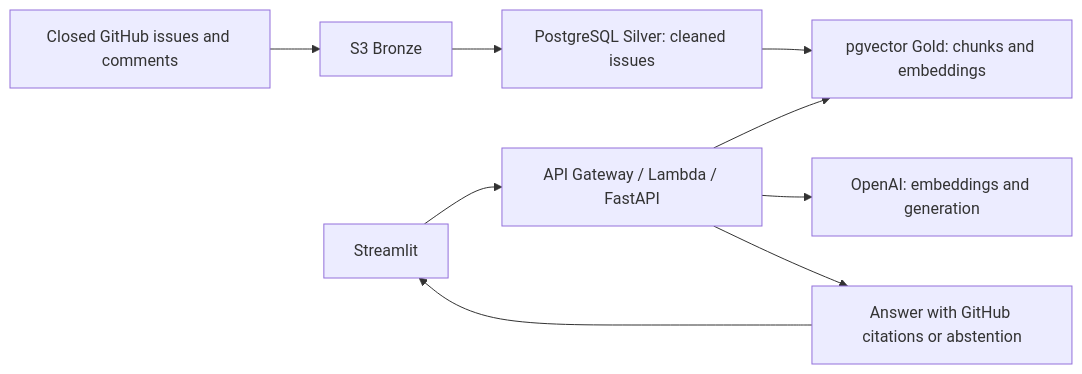
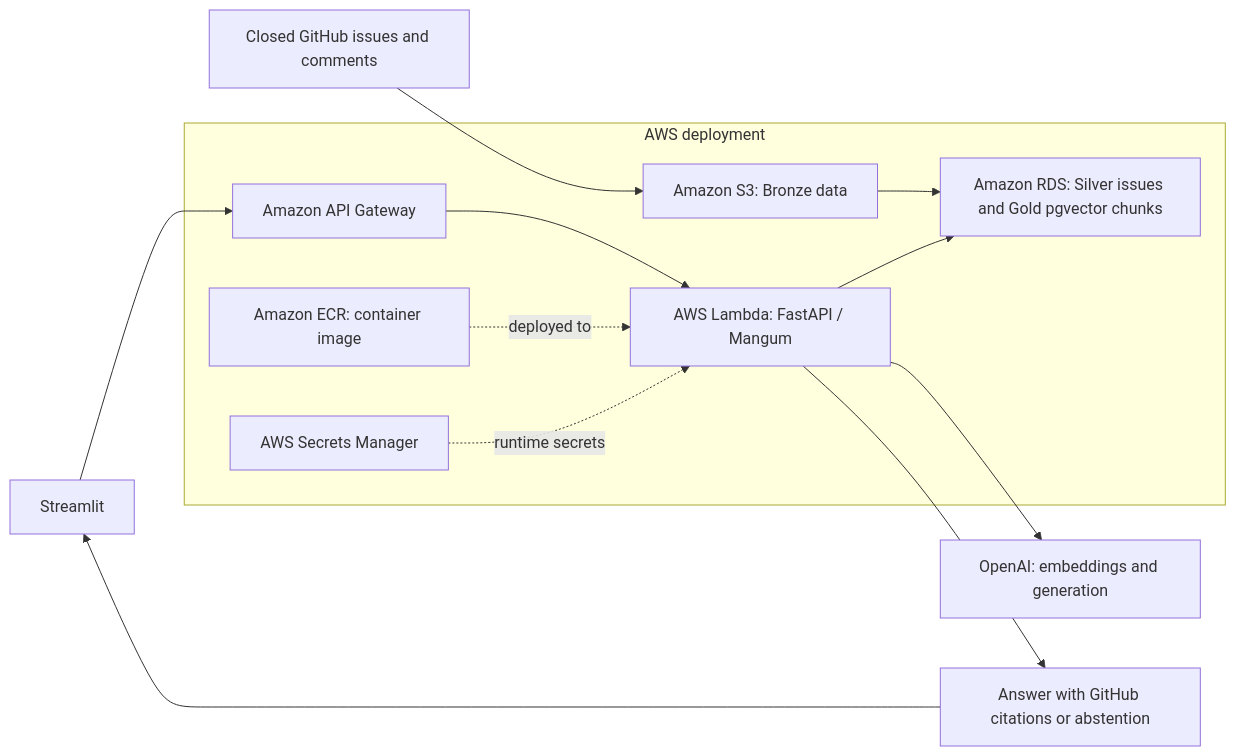
Before and after one commit to LeonDes7/github-issues-rag-assistant: the diagram in README.md, drawn with Mermaid. The commit also changed other lines of this file, not shown here.

Commit message:
Highlight AWS architecture and services in README

````diff
--- a/README.md
+++ b/README.md
@@ -15,11 +16,15 @@
 ```mermaid
 flowchart LR
-    GitHub[Closed GitHub issues and comments] --> S3[S3 Bronze]
-    S3 --> Silver[PostgreSQL Silver: cleaned issues]
-    Silver --> Gold[pgvector Gold: chunks and embeddings]
-    UI[Streamlit] --> Gateway[API Gateway / Lambda / FastAPI]
-    Gateway --> Gold
-    Gateway --> OpenAI[OpenAI: embeddings and generation]
-    Gateway --> Answer[Answer with GitHub citations or abstention]
+    GitHub[Closed GitHub issues and comments] --> S3
+    UI[Streamlit] --> Gateway
+    subgraph AWS[AWS deployment]
+        S3[Amazon S3: Bronze data] --> RDS[Amazon RDS: Silver issues and Gold pgvector chunks]
+        Gateway[Amazon API Gateway] --> Lambda[AWS Lambda: FastAPI / Mangum]
+        ECR[Amazon ECR: container image] -. deployed to .-> Lambda
+        Secrets[AWS Secrets Manager] -. runtime secrets .-> Lambda
+        Lambda --> RDS
+    end
+    Lambda --> OpenAI[OpenAI: embeddings and generation]
+    Lambda --> Answer[Answer with GitHub citations or abstention]
     Answer --> UI
 ```
````
